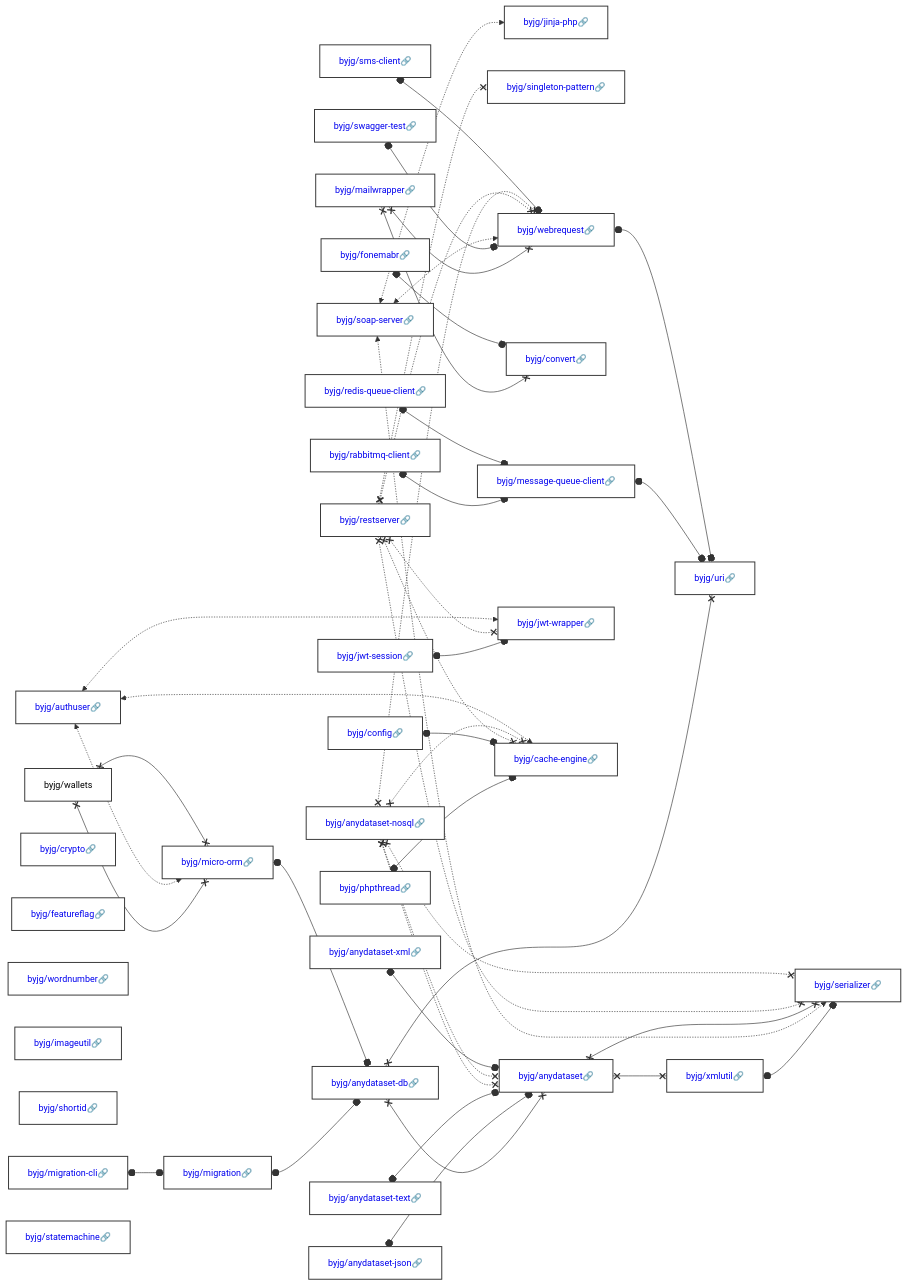
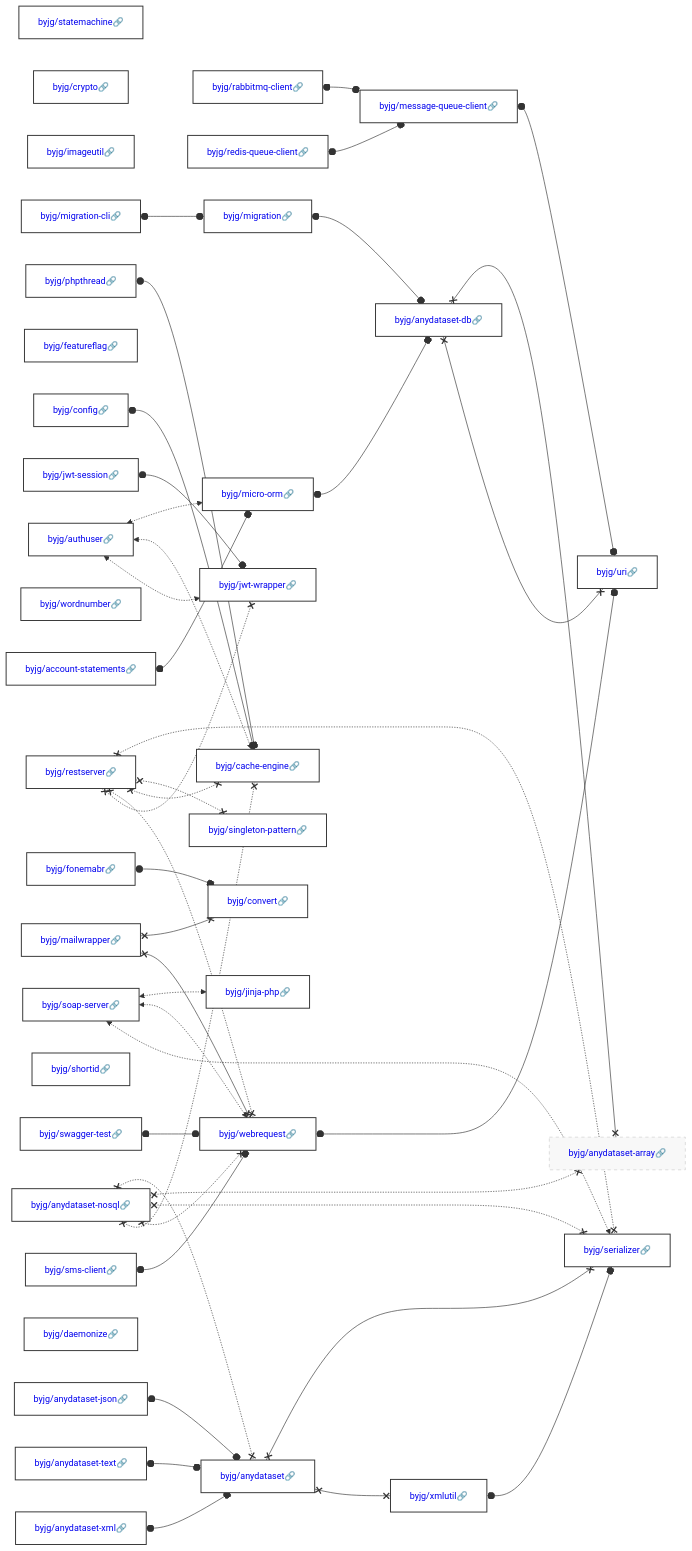
Before and after one commit to byjg/byjg.github.io: the diagram in docs/php/README.md, drawn with Mermaid.

Commit message:
Update documentation 'php' 'php-soap-server'

````diff
--- a/docs/php/README.md
+++ b/docs/php/README.md
@@ -3,50 +3,52 @@
 ```mermaid
 graph LR;
-  byjg/wallets;
-  byjg/swagger-test[<a href='https://opensource.byjg.com/docs/php/swagger-test' style='text-decoration:none'>byjg/swagger-test🔗</a>];
+  byjg/statemachine[<a href='https://opensource.byjg.com/docs/php/statemachine' style='text-decoration:none'>byjg/statemachine🔗</a>];
+  byjg/crypto[<a href='https://opensource.byjg.com/docs/php/crypto' style='text-decoration:none'>byjg/crypto🔗</a>];
+  byjg/imageutil[<a href='https://opensource.byjg.com/docs/php/imageutil' style='text-decoration:none'>byjg/imageutil🔗</a>];
+  byjg/sms-client[<a href='https://opensource.byjg.com/docs/php/sms-client' style='text-decoration:none'>byjg/sms-client🔗</a>];
+  byjg/jwt-session[<a href='https://opensource.byjg.com/docs/php/jwt-session' style='text-decoration:none'>byjg/jwt-session🔗</a>];
+  byjg/featureflag[<a href='https://opensource.byjg.com/docs/php/featureflag' style='text-decoration:none'>byjg/featureflag🔗</a>];
   byjg/migration-cli[<a href='https://opensource.byjg.com/docs/php/migration-cli' style='text-decoration:none'>byjg/migration-cli🔗</a>];
-  byjg/crypto[<a href='https://opensource.byjg.com/docs/php/crypto' style='text-decoration:none'>byjg/crypto🔗</a>];
+  byjg/phpthread[<a href='https://opensource.byjg.com/docs/php/phpthread' style='text-decoration:none'>byjg/phpthread🔗</a>];
+  byjg/anydataset-nosql[<a href='https://opensource.byjg.com/docs/php/anydataset-nosql' style='text-decoration:none'>byjg/anydataset-nosql🔗</a>];
+  byjg/wordnumber[<a href='https://opensource.byjg.com/docs/php/wordnumber' style='text-decoration:none'>byjg/wordnumber🔗</a>];
+  byjg/restserver[<a href='https://opensource.byjg.com/docs/php/restserver' style='text-decoration:none'>byjg/restserver🔗</a>];
+  byjg/config[<a href='https://opensource.byjg.com/docs/php/config' style='text-decoration:none'>byjg/config🔗</a>];
   byjg/fonemabr[<a href='https://opensource.byjg.com/docs/php/fonemabr' style='text-decoration:none'>byjg/fonemabr🔗</a>];
-  byjg/anydataset-xml[<a href='https://opensource.byjg.com/docs/php/anydataset-xml' style='text-decoration:none'>byjg/anydataset-xml🔗</a>];
-  byjg/featureflag[<a href='https://opensource.byjg.com/docs/php/featureflag' style='text-decoration:none'>byjg/featureflag🔗</a>];
-  byjg/rabbitmq-client[<a href='https://opensource.byjg.com/docs/php/rabbitmq-client' style='text-decoration:none'>byjg/rabbitmq-client🔗</a>];
-  byjg/wordnumber[<a href='https://opensource.byjg.com/docs/php/wordnumber' style='text-decoration:none'>byjg/wordnumber🔗</a>];
   byjg/soap-server[<a href='https://opensource.byjg.com/docs/php/soap-server' style='text-decoration:none'>byjg/soap-server🔗</a>];
-  byjg/imageutil[<a href='https://opensource.byjg.com/docs/php/imageutil' style='text-decoration:none'>byjg/imageutil🔗</a>];
   byjg/anydataset-text[<a href='https://opensource.byjg.com/docs/php/anydataset-text' style='text-decoration:none'>byjg/anydataset-text🔗</a>];
   byjg/shortid[<a href='https://opensource.byjg.com/docs/php/shortid' style='text-decoration:none'>byjg/shortid🔗</a>];
-  byjg/anydataset-nosql[<a href='https://opensource.byjg.com/docs/php/anydataset-nosql' style='text-decoration:none'>byjg/anydataset-nosql🔗</a>];
-  byjg/restserver[<a href='https://opensource.byjg.com/docs/php/restserver' style='text-decoration:none'>byjg/restserver🔗</a>];
-  byjg/sms-client[<a href='https://opensource.byjg.com/docs/php/sms-client' style='text-decoration:none'>byjg/sms-client🔗</a>];
-  byjg/jwt-session[<a href='https://opensource.byjg.com/docs/php/jwt-session' style='text-decoration:none'>byjg/jwt-session🔗</a>];
+  byjg/authuser[<a href='https://opensource.byjg.com/docs/php/authuser' style='text-decoration:none'>byjg/authuser🔗</a>];
+  byjg/rabbitmq-client[<a href='https://opensource.byjg.com/docs/php/rabbitmq-client' style='text-decoration:none'>byjg/rabbitmq-client🔗</a>];
+  byjg/swagger-test[<a href='https://opensource.byjg.com/docs/php/swagger-test' style='text-decoration:none'>byjg/swagger-test🔗</a>];
   byjg/redis-queue-client[<a href='https://opensource.byjg.com/docs/php/redis-queue-client' style='text-decoration:none'>byjg/redis-queue-client🔗</a>];
+  byjg/anydataset-xml[<a href='https://opensource.byjg.com/docs/php/anydataset-xml' style='text-decoration:none'>byjg/anydataset-xml🔗</a>];
+  byjg/daemonize[<a href='https://opensource.byjg.com/docs/php/daemonize' style='text-decoration:none'>byjg/daemonize🔗</a>];
   byjg/anydataset-json[<a href='https://opensource.byjg.com/docs/php/anydataset-json' style='text-decoration:none'>byjg/anydataset-json🔗</a>];
   byjg/mailwrapper[<a href='https://opensource.byjg.com/docs/php/mailwrapper' style='text-decoration:none'>byjg/mailwrapper🔗</a>];
-  byjg/authuser[<a href='https://opensource.byjg.com/docs/php/authuser' style='text-decoration:none'>byjg/authuser🔗</a>];
-  byjg/phpthread[<a href='https://opensource.byjg.com/docs/php/phpthread' style='text-decoration:none'>byjg/phpthread🔗</a>];
-  byjg/config[<a href='https://opensource.byjg.com/docs/php/config' style='text-decoration:none'>byjg/config🔗</a>];
-  byjg/statemachine[<a href='https://opensource.byjg.com/docs/php/statemachine' style='text-decoration:none'>byjg/statemachine🔗</a>];
+  byjg/account-statements[<a href='https://opensource.byjg.com/docs/php/account-statements' style='text-decoration:none'>byjg/account-statements🔗</a>];
   byjg/migration[<a href='https://opensource.byjg.com/docs/php/migration' style='text-decoration:none'>byjg/migration🔗</a>];
+  byjg/singleton-pattern[<a href='https://opensource.byjg.com/docs/php/singleton-pattern' style='text-decoration:none'>byjg/singleton-pattern🔗</a>];
   byjg/jinja-php[<a href='https://opensource.byjg.com/docs/php/jinja-php' style='text-decoration:none'>byjg/jinja-php🔗</a>];
-  byjg/singleton-pattern[<a href='https://opensource.byjg.com/docs/php/singleton-pattern' style='text-decoration:none'>byjg/singleton-pattern🔗</a>];
+  byjg/cache-engine[<a href='https://opensource.byjg.com/docs/php/cache-engine' style='text-decoration:none'>byjg/cache-engine🔗</a>];
+  byjg/jwt-wrapper[<a href='https://opensource.byjg.com/docs/php/jwt-wrapper' style='text-decoration:none'>byjg/jwt-wrapper🔗</a>];
   byjg/message-queue-client[<a href='https://opensource.byjg.com/docs/php/message-queue-client' style='text-decoration:none'>byjg/message-queue-client🔗</a>];
+  byjg/anydataset[<a href='https://opensource.byjg.com/docs/php/anydataset' style='text-decoration:none'>byjg/anydataset🔗</a>];
   byjg/convert[<a href='https://opensource.byjg.com/docs/php/convert' style='text-decoration:none'>byjg/convert🔗</a>];
   byjg/webrequest[<a href='https://opensource.byjg.com/docs/php/webrequest' style='text-decoration:none'>byjg/webrequest🔗</a>];
   byjg/micro-orm[<a href='https://opensource.byjg.com/docs/php/micro-orm' style='text-decoration:none'>byjg/micro-orm🔗</a>];
-  byjg/jwt-wrapper[<a href='https://opensource.byjg.com/docs/php/jwt-wrapper' style='text-decoration:none'>byjg/jwt-wrapper🔗</a>];
-  byjg/cache-engine[<a href='https://opensource.byjg.com/docs/php/cache-engine' style='text-decoration:none'>byjg/cache-engine🔗</a>];
+  byjg/xmlutil[<a href='https://opensource.byjg.com/docs/php/xmlutil' style='text-decoration:none'>byjg/xmlutil🔗</a>];
   byjg/anydataset-db[<a href='https://opensource.byjg.com/docs/php/anydataset-db' style='text-decoration:none'>byjg/anydataset-db🔗</a>];
+  byjg/serializer[<a href='https://opensource.byjg.com/docs/php/serializer' style='text-decoration:none'>byjg/serializer🔗</a>];
+  byjg/anydataset-array[<a href='https://opensource.byjg.com/docs/php/anydataset-array' style='text-decoration:none'>byjg/anydataset-array🔗</a>];
   byjg/uri[<a href='https://opensource.byjg.com/docs/php/uri' style='text-decoration:none'>byjg/uri🔗</a>];
-  byjg/anydataset[<a href='https://opensource.byjg.com/docs/php/anydataset' style='text-decoration:none'>byjg/anydataset🔗</a>];
-  byjg/xmlutil[<a href='https://opensource.byjg.com/docs/php/xmlutil' style='text-decoration:none'>byjg/xmlutil🔗</a>];
-  byjg/serializer[<a href='https://opensource.byjg.com/docs/php/serializer' style='text-decoration:none'>byjg/serializer🔗</a>];
   byjg/mailwrapper x--x byjg/convert;
   byjg/mailwrapper x--x byjg/webrequest;
   byjg/xmlutil o--o byjg/serializer;
   byjg/rabbitmq-client o--o byjg/message-queue-client;
   byjg/migration o--o byjg/anydataset-db;
   byjg/swagger-test o--o byjg/webrequest;
-  byjg/anydataset-db x--x byjg/anydataset;
+  byjg/anydataset-db x--x byjg/anydataset-array;
   byjg/anydataset-db x--x byjg/uri;
   byjg/message-queue-client o--o byjg/uri;
   byjg/soap-server <-.-> byjg/jinja-php;
@@ -55,7 +57,7 @@
   byjg/phpthread o--o byjg/cache-engine;
   byjg/migration-cli o--o byjg/migration;
   byjg/jwt-session o--o byjg/jwt-wrapper;
-  byjg/wallets x--x byjg/micro-orm;
+  byjg/account-statements o--o byjg/micro-orm;
   byjg/anydataset x--x byjg/serializer;
   byjg/anydataset x--x byjg/xmlutil;
   byjg/redis-queue-client o--o byjg/message-queue-client;
@@ -68,7 +70,7 @@
   byjg/anydataset-json o--o byjg/anydataset;
   byjg/anydataset-text o--o byjg/anydataset;
   byjg/anydataset-nosql x-.-x byjg/anydataset;
-  byjg/anydataset-nosql x-.-x byjg/anydataset;
+  byjg/anydataset-nosql x-.-x byjg/anydataset-array;
   byjg/anydataset-nosql x-.-x byjg/serializer;
   byjg/anydataset-nosql x-.-x byjg/webrequest;
   byjg/anydataset-nosql x-.-x byjg/cache-engine;
@@ -76,7 +78,6 @@
   byjg/authuser <-.-> byjg/cache-engine;
   byjg/authuser <-.-> byjg/jwt-wrapper;
   byjg/sms-client o--o byjg/webrequest;
-  byjg/wallets x--x byjg/micro-orm;
   byjg/micro-orm o--o byjg/anydataset-db;
   byjg/anydataset-xml o--o byjg/anydataset;
   byjg/fonemabr o--o byjg/convert;
@@ -87,6 +88,4 @@
   classDef working-on fill:#fff3cd,stroke:#ffcc00,stroke-width:2px,color:#856404;
   classDef finished fill:#d4edda,stroke:#28a745,stroke-width:2px,color:#155724;
   class byjg/anydataset-array deprecated;
-  class byjg/account-statements deprecated;
-  class byjg/daemonize deprecated;
 ```
````
